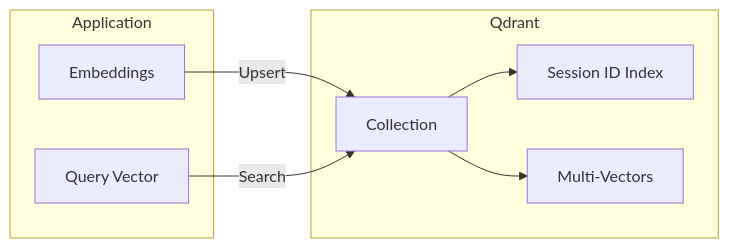
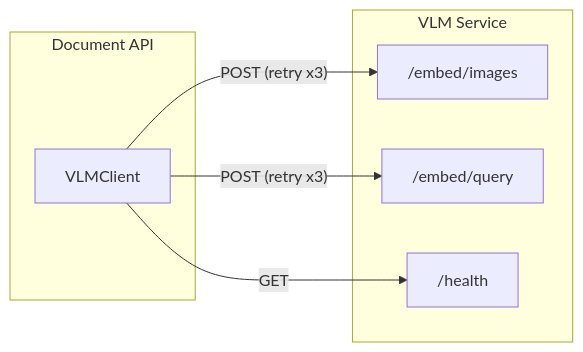
The sixth of 6 diagrams in docs/architecture.md (akosgintl/colpali-rag-app), drawn with Mermaid before and after one commit. The commit also changed other lines of this file and 84 other files, not shown here.

Commit message:
refactored to document-api and colpali-vlm projects

````diff
--- a/docs/architecture.md
+++ b/docs/architecture.md
@@ -231,18 +292,16 @@
 ```mermaid
 graph LR
-    subgraph App["Application"]
-        Embed["Embeddings"]
-        Query["Query Vector"]
+    subgraph DocAPI["Document API"]
+        Client["VLMClient"]
     end
 
-    subgraph Qdrant["Qdrant"]
-        Collection["Collection"]
-        Index["Session ID Index"]
-        Vectors["Multi-Vectors"]
+    subgraph VLMService["VLM Service"]
+        Embed["/embed/images"]
+        Query["/embed/query"]
+        Health["/health"]
     end
 
-    Embed -->|Upsert| Collection
-    Query -->|Search| Collection
-    Collection --> Index
-    Collection --> Vectors
+    Client -->|"POST (retry x3)"| Embed
+    Client -->|"POST (retry x3)"| Query
+    Client -->|"GET"| Health
 ```
````
